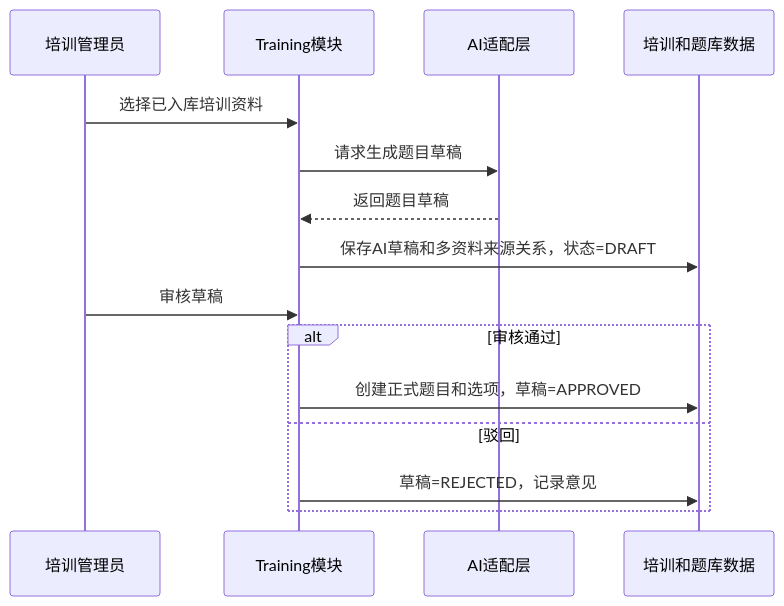
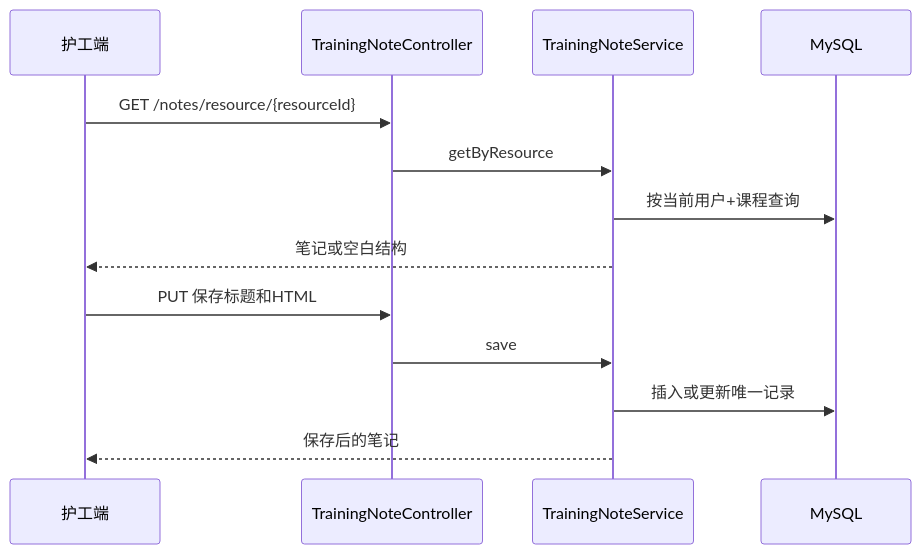
Before and after one commit to thesantaana/Care-Nexus: the eighth of 11 diagrams in docs/design/系统分析与设计模型.md, drawn with Mermaid. The commit also changed other lines of this file, not shown here.

````diff
--- a/docs/design/系统分析与设计模型.md
+++ b/docs/design/系统分析与设计模型.md
@@ -277,17 +198,16 @@
 ```mermaid
 sequenceDiagram
-    participant T as 培训管理员
-    participant Train as Training模块
-    participant AI as AI适配层
-    participant DB as 培训和题库数据
-    T->>Train: 选择已入库培训资料
-    Train->>AI: 请求生成题目草稿
-    AI-->>Train: 返回题目草稿
-    Train->>DB: 保存AI草稿和多资料来源关系，状态=DRAFT
-    T->>Train: 审核草稿
-    alt 审核通过
-        Train->>DB: 创建正式题目和选项，草稿=APPROVED
-    else 驳回
-        Train->>DB: 草稿=REJECTED，记录意见
-    end
+    participant U as 护工端
+    participant C as TrainingNoteController
+    participant S as TrainingNoteService
+    participant D as MySQL
+
+    U->>C: GET /notes/resource/{resourceId}
+    C->>S: getByResource
+    S->>D: 按当前用户+课程查询
+    S-->>U: 笔记或空白结构
+    U->>C: PUT 保存标题和HTML
+    C->>S: save
+    S->>D: 插入或更新唯一记录
+    S-->>U: 保存后的笔记
 ```
````
